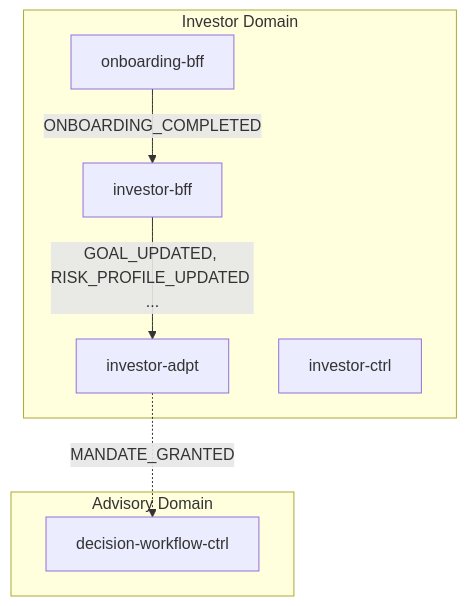
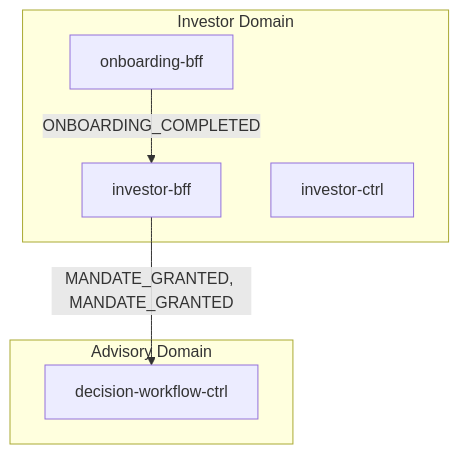
The first of 2 diagrams in docs/data-flows/investor-onboarding.md (fabio-vitali/nestfolio), drawn with Mermaid before and after one commit. The commit also changed other lines of this file and 19 other files, not shown here.

First line of the commit message:
docs(flows): update flow specs and schema for pull model adapter routing

````diff
--- a/docs/data-flows/investor-onboarding.md
+++ b/docs/data-flows/investor-onboarding.md
@@ -11,15 +11,13 @@
 ```mermaid
 flowchart TD
     subgraph investor["Investor Domain"]
         onboarding_bff["onboarding-bff"]
         investor_bff["investor-bff"]
-        investor_adpt["investor-adpt"]
         investor_ctrl["investor-ctrl"]
     end
     subgraph advisory["Advisory Domain"]
         decision_workflow_ctrl["decision-workflow-ctrl"]
     end
     onboarding_bff -->|"ONBOARDING_COMPLETED"| investor_bff
-    investor_bff -->|"GOAL_UPDATED, RISK_PROFILE_UPDATED ..."| investor_adpt
-    investor_adpt -.->|"MANDATE_GRANTED"| decision_workflow_ctrl
+    investor_bff -->|"MANDATE_GRANTED, MANDATE_GRANTED"| decision_workflow_ctrl
 ```
````
